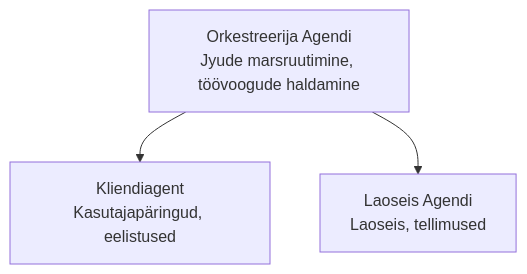
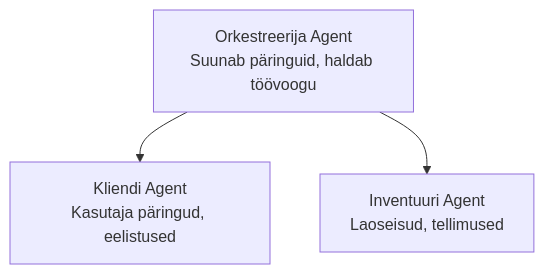
Before and after one commit to microsoft/AZD-for-beginners: the diagram in translations/et/docs/chapter-05-multi-agent/README.md, drawn with Mermaid. The commit also changed other lines of this file and 104 other files, not shown here.

````diff
--- a/translations/et/docs/chapter-05-multi-agent/README.md
+++ b/translations/et/docs/chapter-05-multi-agent/README.md
@@ -52,5 +54,5 @@
 ```mermaid
 graph TD
-    Orchestrator[Orkestreerija Agendi<br/>Jyude marsruutimine, töövoogude haldamine] --> Customer[Kliendiagent<br/>Kasutajapäringud, eelistused]
-    Orchestrator --> Inventory[Laoseis Agendi<br/>Laoseis, tellimused]
+    Orchestrator[Orkestreerija Agent<br/>Suunab päringuid, haldab töövoogu] --> Customer[Kliendi Agent<br/>Kasutaja päringud, eelistused]
+    Orchestrator --> Inventory[Inventuuri Agent<br/>Laoseisud, tellimused]
 ```
````
